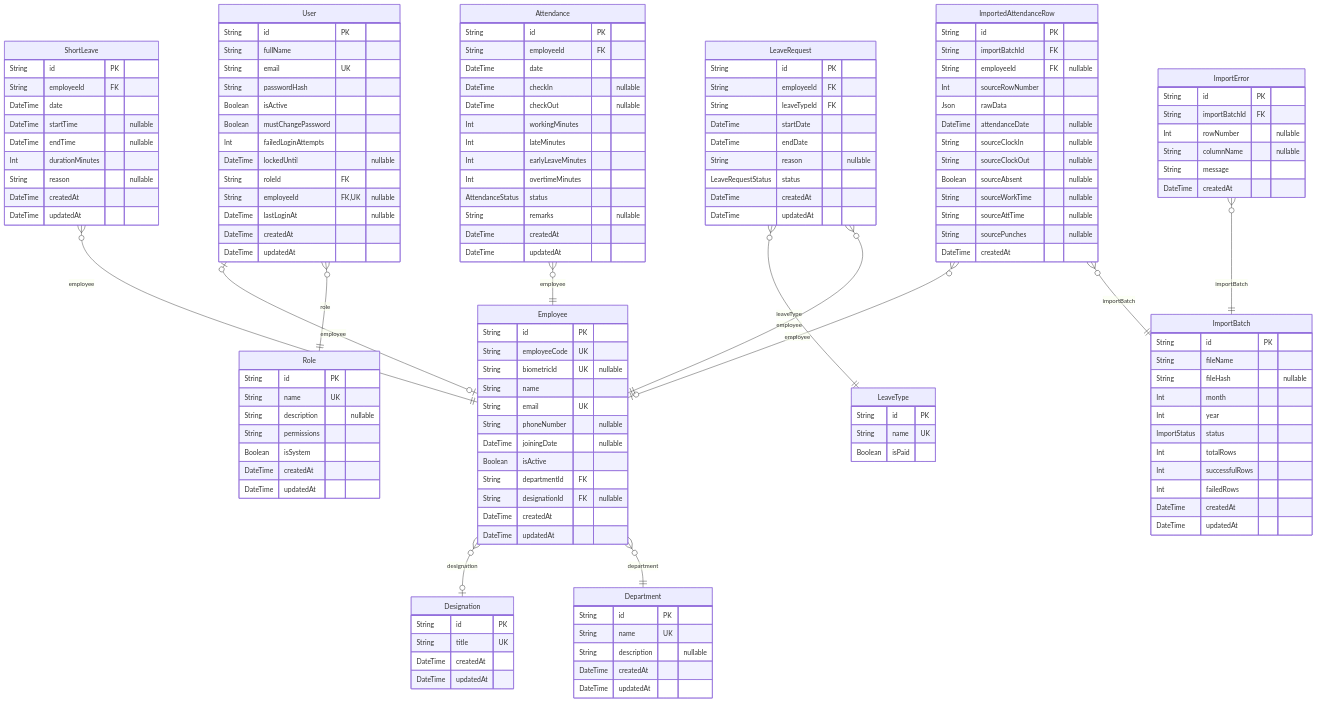
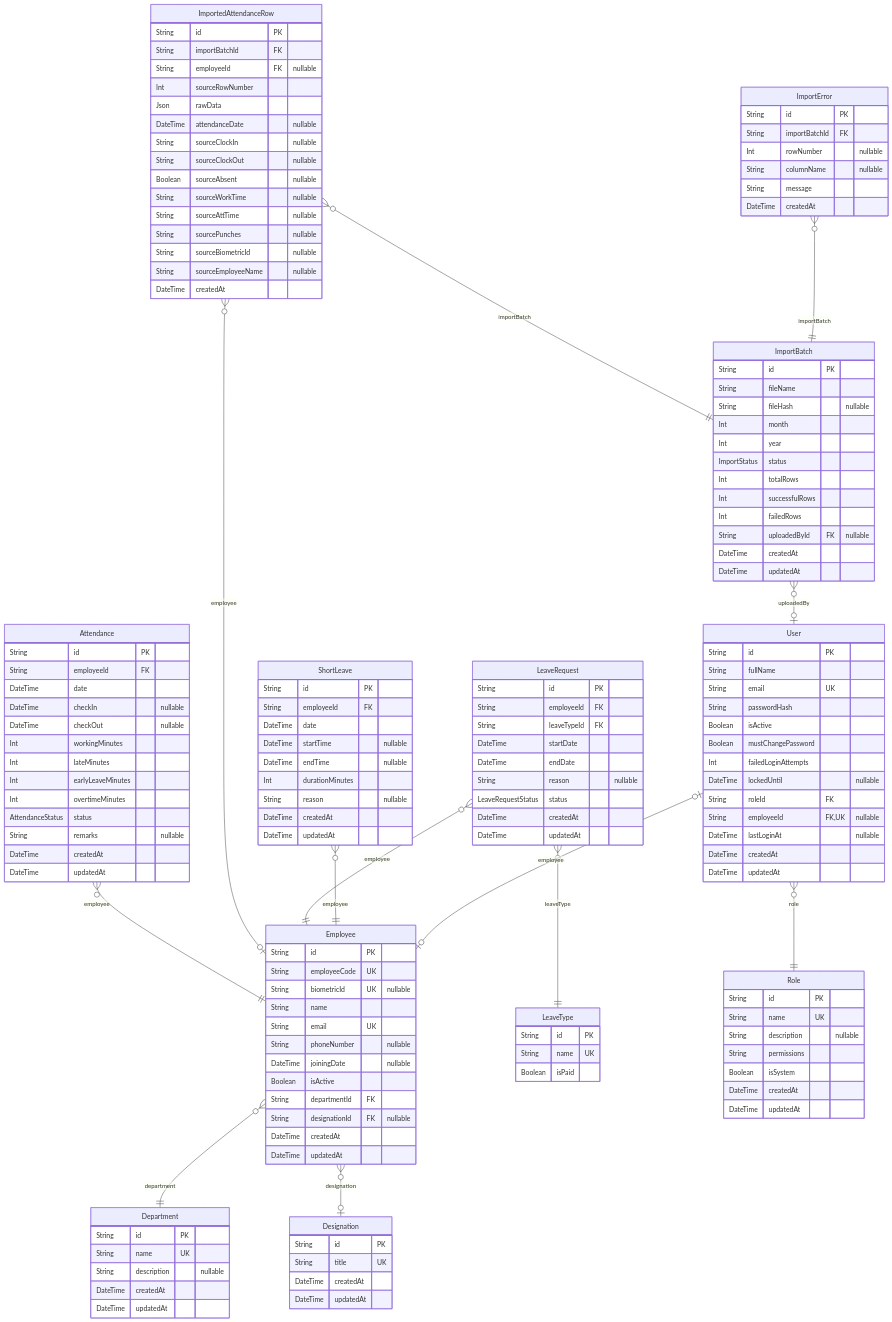
One commit to DeveloperIrkhan/Attendance-management-system_IHRA changed the diagram in prisma/ERD.md. Above: the diagram before and after it, drawn with Mermaid. The commit also changed other lines of this file and 29 other files, not shown here.

```diff
--- a/prisma/ERD.md
+++ b/prisma/ERD.md
@@ -60,6 +60,7 @@
   Int totalRows
   Int successfulRows
   Int failedRows
+  String uploadedById FK "nullable"
   DateTime createdAt
   DateTime updatedAt
 }
@@ -76,6 +77,8 @@
   String sourceWorkTime "nullable"
   String sourceAttTime "nullable"
   String sourcePunches "nullable"
+  String sourceBiometricId "nullable"
+  String sourceEmployeeName "nullable"
   DateTime createdAt
 }
 "ImportError" {
@@ -140,6 +143,7 @@
 "Employee" }o--|| "Department" : department
 "Employee" }o--o| "Designation" : designation
 "Attendance" }o--|| "Employee" : employee
+"ImportBatch" }o--o| "User" : uploadedBy
 "ImportedAttendanceRow" }o--|| "ImportBatch" : importBatch
 "ImportedAttendanceRow" }o--o| "Employee" : employee
 "ImportError" }o--|| "ImportBatch" : importBatch
```
